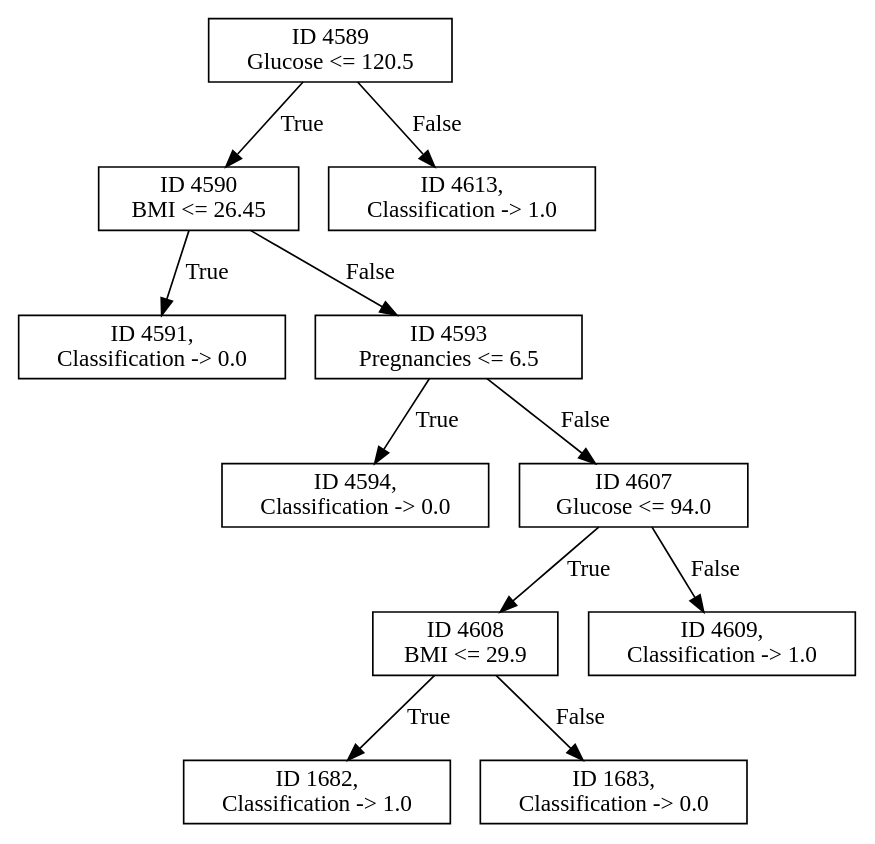
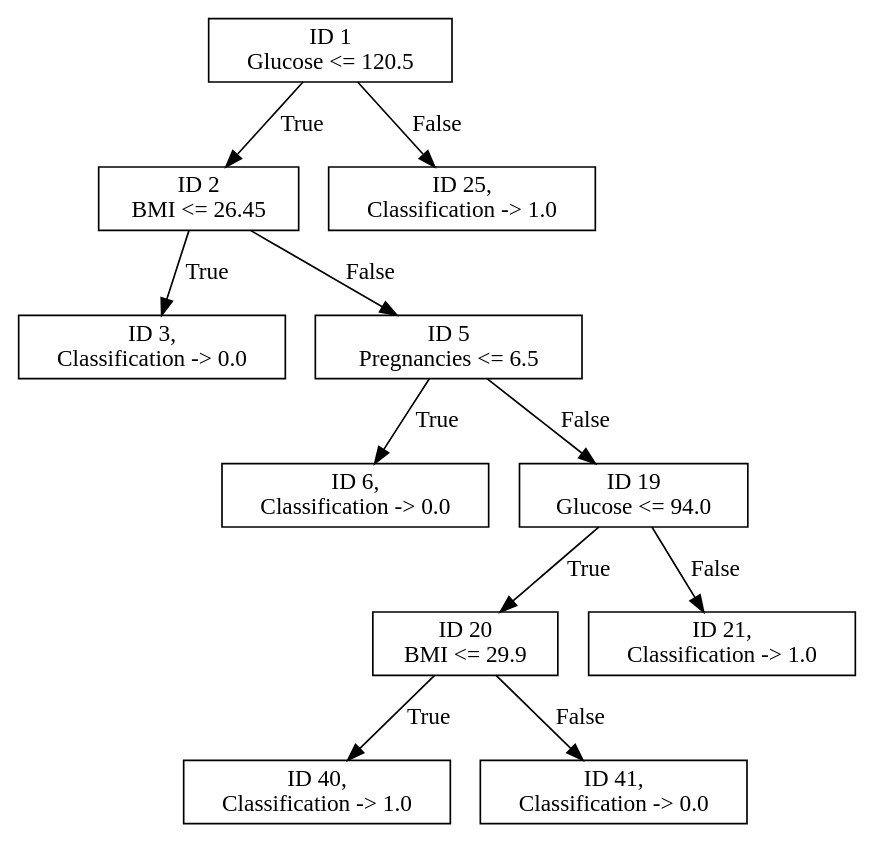
The diagram in Assign1/prunedDT.gv (anime-sh/CS60050_Assignments), drawn with Graphviz before and after one commit. The commit also changed 15 other files, not shown here.

```diff
--- a/Assign1/prunedDT.gv
+++ b/Assign1/prunedDT.gv
@@ -1,53 +1,53 @@
 digraph "Decision Tree" {
 	node [shape=rectangle]
-	"ID 4589
+	"ID 1
 Glucose <= 120.5
-" -> "ID 4590
+" -> "ID 2
 BMI <= 26.45
 " [label=True]
-	"ID 4589
+	"ID 1
 Glucose <= 120.5
-" -> "ID 4613,
+" -> "ID 25,
 Classification -> 1.0
 " [label=False]
-	"ID 4590
+	"ID 2
 BMI <= 26.45
-" -> "ID 4591,
+" -> "ID 3,
 Classification -> 0.0
 " [label=True]
-	"ID 4590
+	"ID 2
 BMI <= 26.45
-" -> "ID 4593
+" -> "ID 5
 Pregnancies <= 6.5
 " [label=False]
-	"ID 4593
+	"ID 5
 Pregnancies <= 6.5
-" -> "ID 4594,
+" -> "ID 6,
 Classification -> 0.0
 " [label=True]
-	"ID 4593
+	"ID 5
 Pregnancies <= 6.5
-" -> "ID 4607
+" -> "ID 19
 Glucose <= 94.0
 " [label=False]
-	"ID 4607
+	"ID 19
 Glucose <= 94.0
-" -> "ID 4608
+" -> "ID 20
 BMI <= 29.9
 " [label=True]
-	"ID 4607
+	"ID 19
 Glucose <= 94.0
-" -> "ID 4609,
+" -> "ID 21,
 Classification -> 1.0
 " [label=False]
-	"ID 4608
+	"ID 20
 BMI <= 29.9
-" -> "ID 1682,
+" -> "ID 40,
 Classification -> 1.0
 " [label=True]
-	"ID 4608
+	"ID 20
 BMI <= 29.9
-" -> "ID 1683,
+" -> "ID 41,
 Classification -> 0.0
 " [label=False]
 }
```
